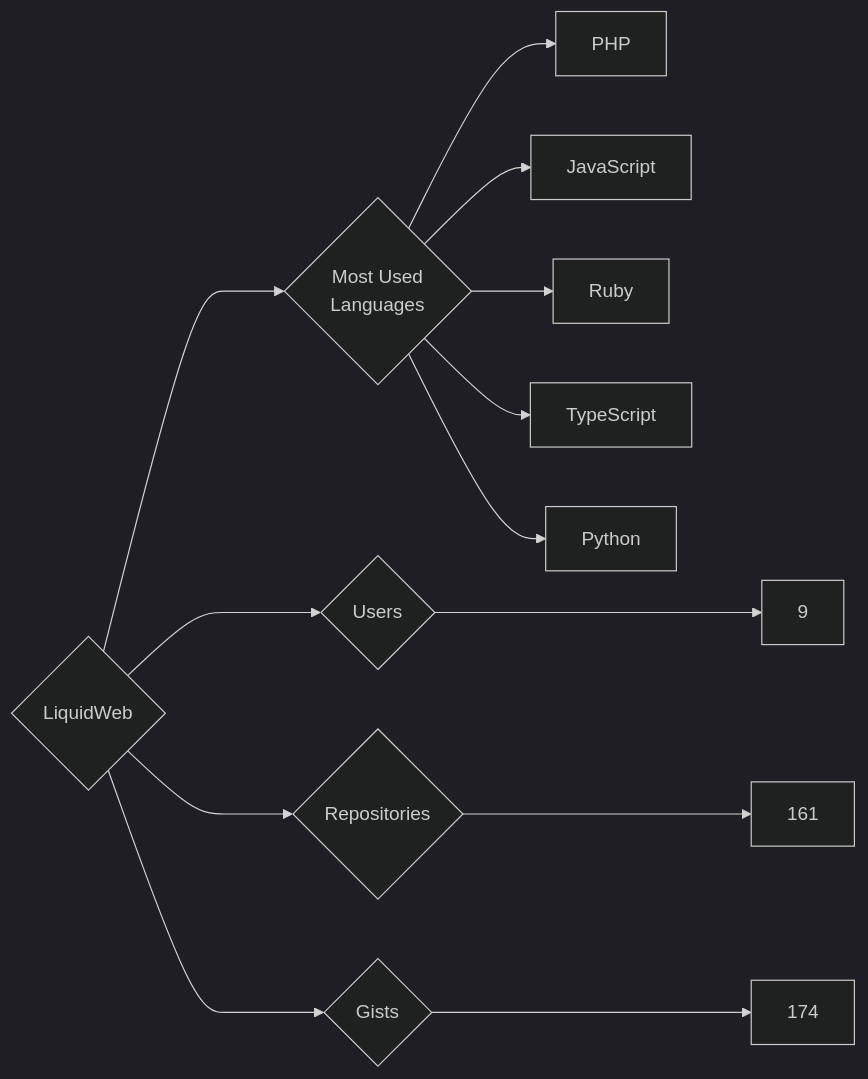
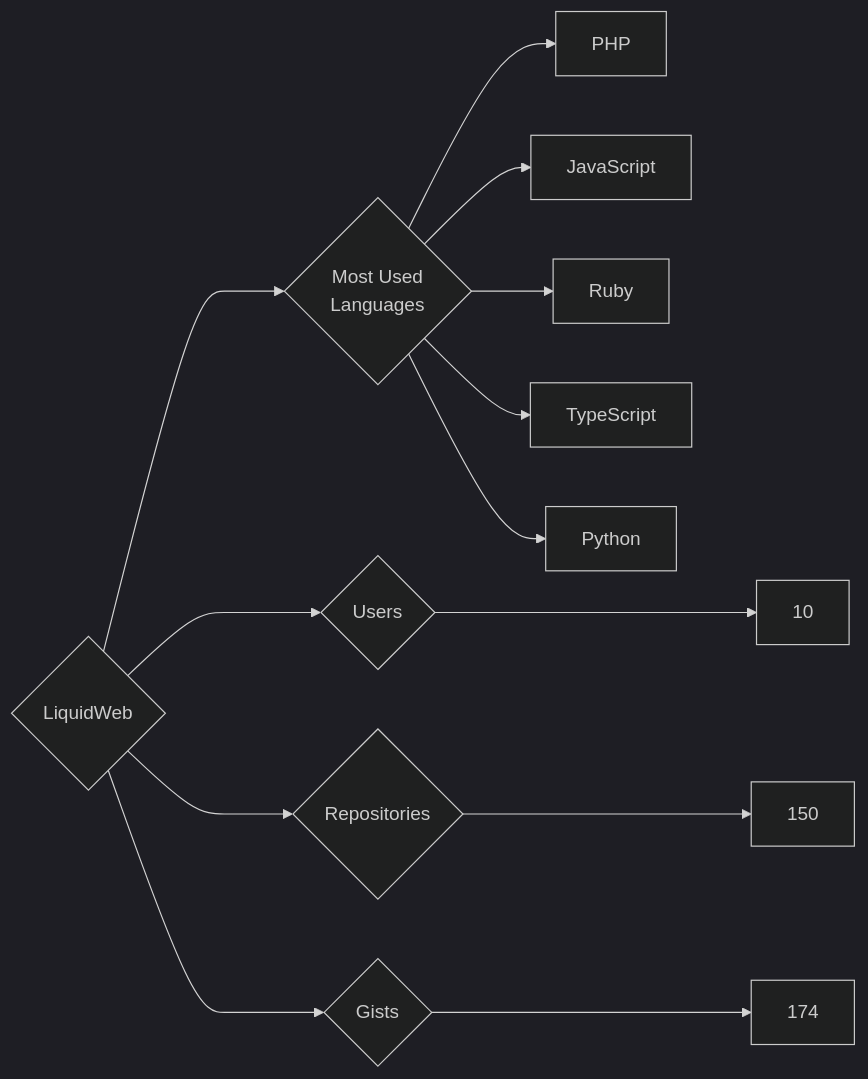
The diagram in targets/LiquidWeb/README.md (trickest/insiders), drawn with Mermaid (dark theme) before and after one commit. The commit also changed 748 other files, not shown here.

````diff
--- a/targets/LiquidWeb/README.md
+++ b/targets/LiquidWeb/README.md
@@ -3,13 +3,13 @@
 ```mermaid
 graph LR
 COMPANY_NAME{LiquidWeb}
-COMPANY_NAME ---> U{Users} ---> UN[9]
-COMPANY_NAME ---> R{Repositories} ---> RN[161]
+COMPANY_NAME ---> U{Users} ---> UN[10]
+COMPANY_NAME ---> R{Repositories} ---> RN[150]
 COMPANY_NAME ---> G{Gists} ---> GN[174]
 COMPANY_NAME ---> ML{Most Used<br>Languages}
 ML --> PHP[PHP]
 ML --> JavaScript[JavaScript]
 ML --> Ruby[Ruby]
 ML --> TypeScript[TypeScript]
 ML --> Python[Python]
 ```
````
